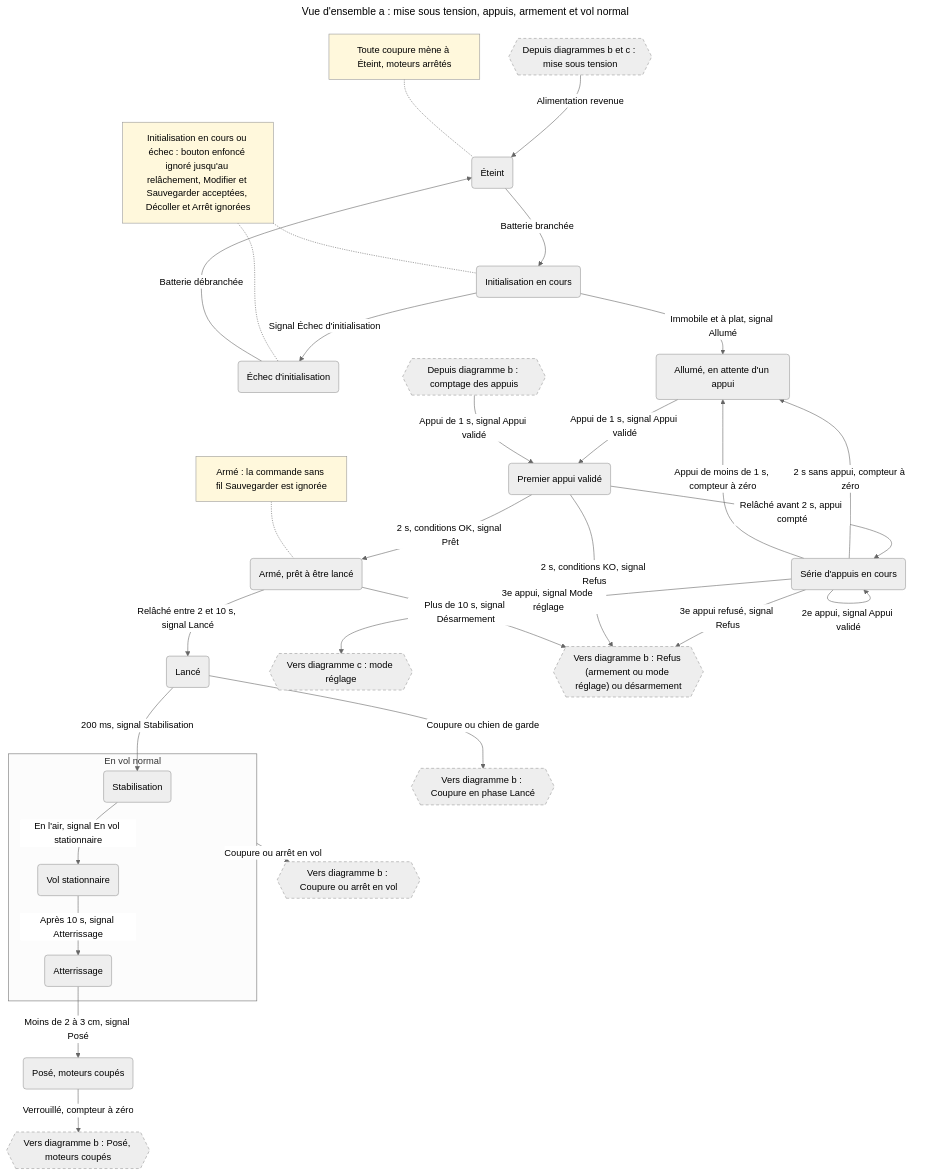
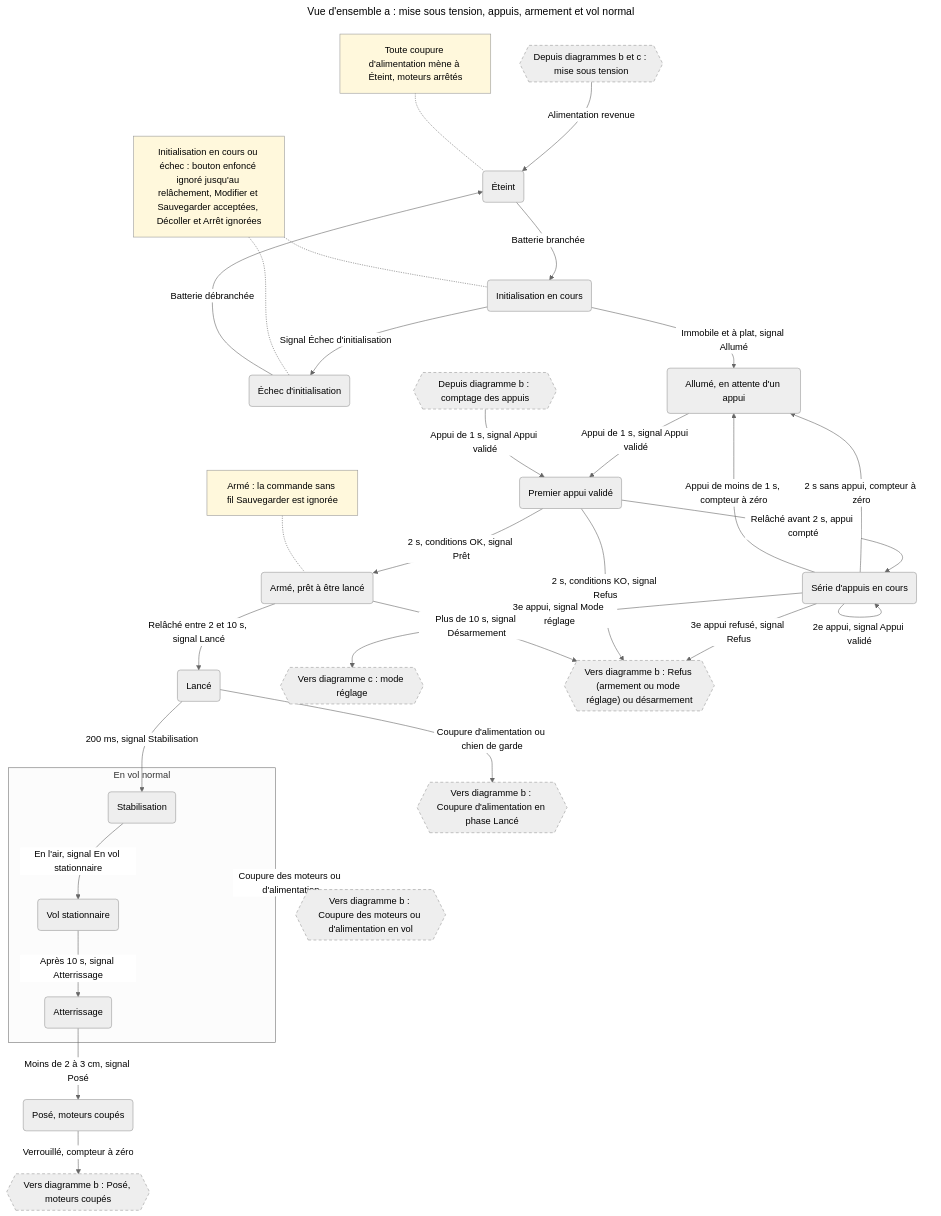
One commit to thourymatthieu-png/coworker_archi_system changed the second of 15 diagrams in projets/boomrone/00-scenarios.md. Above: the diagram before and after it, drawn with Mermaid (neutral theme). The commit also changed other lines of this file and 5 other files, not shown here.

````diff
--- a/projets/boomrone/00-scenarios.md
+++ b/projets/boomrone/00-scenarios.md
@@ -46,62 +45,62 @@
 ```mermaid
 ---
 title: "Vue d'ensemble a : mise sous tension, appuis, armement et vol normal"
 ---
 flowchart TD
     Eteint("Éteint")
     Init("Initialisation en cours")
     EchecInit("Échec d'initialisation")
     Attente("Allumé, en attente d'un appui")
     Premier("Premier appui validé")
     Serie("Série d'appuis en cours")
     Arme("Armé, prêt à être lancé")
     Lance("Lancé")
     subgraph Vol["En vol normal"]
         Stab("Stabilisation")
         Stat("Vol stationnaire")
         Atterr("Atterrissage")
     end
     Pose("Posé, moteurs coupés")
     NoteInit["Initialisation en cours ou échec : bouton enfoncé ignoré jusqu'au relâchement, Modifier et Sauvegarder acceptées, Décoller et Arrêt ignorées"]
-    NoteEteint["Toute coupure mène à Éteint, moteurs arrêtés"]
+    NoteEteint["Toute coupure d'alimentation mène à Éteint, moteurs arrêtés"]
     NoteArme["Armé : la commande sans fil Sauvegarder est ignorée"]
     DepuisBC{{"Depuis diagrammes b et c : mise sous tension"}}
     VersC{{"Vers diagramme c : mode réglage"}}
     B1{{"Vers diagramme b : Refus (armement ou mode réglage) ou désarmement"}}
-    B3{{"Vers diagramme b : Coupure en phase Lancé"}}
-    B4{{"Vers diagramme b : Coupure ou arrêt en vol"}}
+    B3{{"Vers diagramme b : Coupure d'alimentation en phase Lancé"}}
+    B4{{"Vers diagramme b : Coupure des moteurs ou d'alimentation en vol"}}
     B5{{"Vers diagramme b : Posé, moteurs coupés"}}
     DepuisB2{{"Depuis diagramme b : comptage des appuis"}}
     DepuisBC -->|"Alimentation revenue"| Eteint
     Eteint -->|"Batterie branchée"| Init
     Init -->|"Immobile et à plat, signal Allumé"| Attente
     Init -->|"Signal Échec d'initialisation"| EchecInit
     EchecInit -->|"Batterie débranchée"| Eteint
     Attente -->|"Appui de 1 s, signal Appui validé"| Premier
     DepuisB2 -->|"Appui de 1 s, signal Appui validé"| Premier
     Premier -->|"Relâché avant 2 s, appui compté"| Serie
     Serie -->|"2e appui, signal Appui validé"| Serie
     Serie -->|"2 s sans appui, compteur à zéro"| Attente
     Serie -->|"Appui de moins de 1 s, compteur à zéro"| Attente
     Serie -->|"3e appui, signal Mode réglage"| VersC
     Serie -->|"3e appui refusé, signal Refus"| B1
     Premier -->|"2 s, conditions OK, signal Prêt"| Arme
     Premier -->|"2 s, conditions KO, signal Refus"| B1
     Arme -->|"Relâché entre 2 et 10 s, signal Lancé"| Lance
     Arme -->|"Plus de 10 s, signal Désarmement"| B1
     Lance -->|"200 ms, signal Stabilisation"| Stab
-    Lance -->|"Coupure ou chien de garde"| B3
+    Lance -->|"Coupure d'alimentation ou chien de garde"| B3
     Stab -->|"En l'air, signal En vol stationnaire"| Stat
     Stat -->|"Après 10 s, signal Atterrissage"| Atterr
     Atterr -->|"Moins de 2 à 3 cm, signal Posé"| Pose
-    Vol -->|"Coupure ou arrêt en vol"| B4
+    Vol -->|"Coupure des moteurs ou d'alimentation"| B4
     Pose -->|"Verrouillé, compteur à zéro"| B5
     NoteInit -.- Init
     NoteInit -.- EchecInit
     NoteEteint -.- Eteint
     NoteArme -.- Arme
     classDef renvoi stroke-dasharray: 5 4
     classDef note fill:#fff8dc,stroke:#999
     class DepuisBC,VersC,B1,B3,B4,B5,DepuisB2 renvoi
     class NoteInit,NoteEteint,NoteArme note
 ```
````
